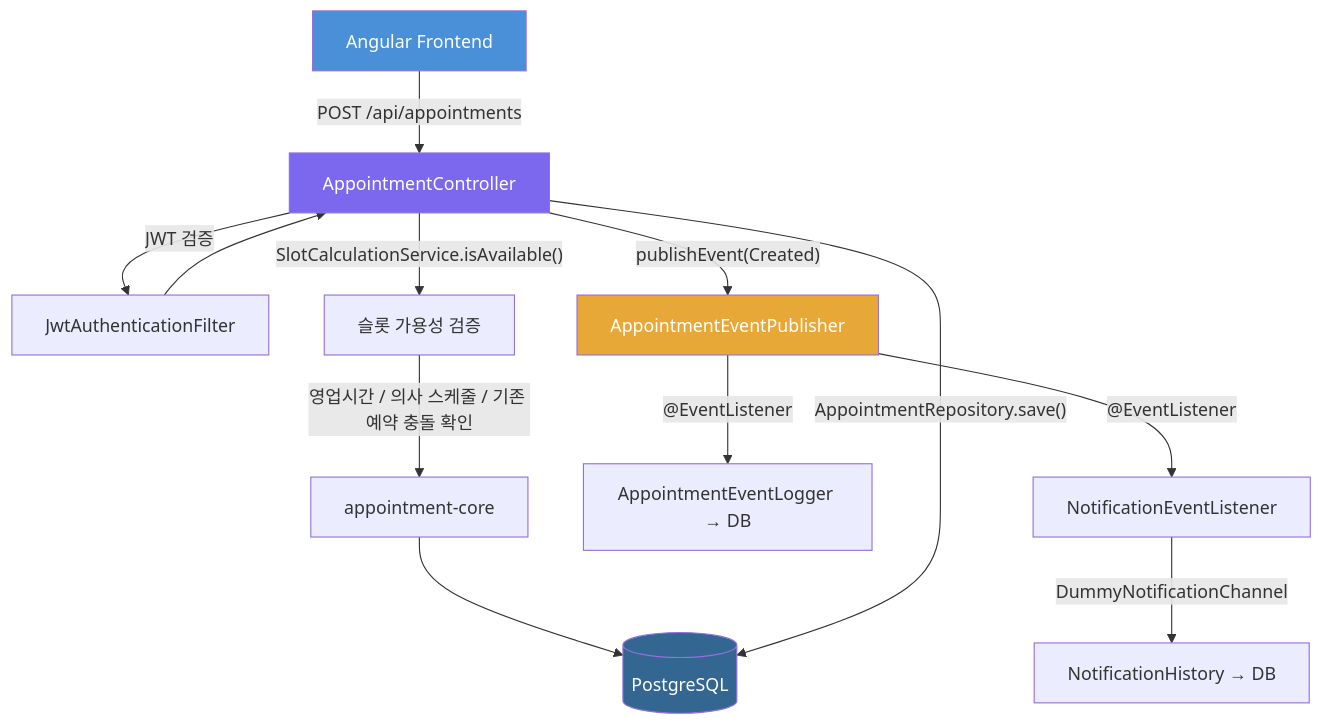
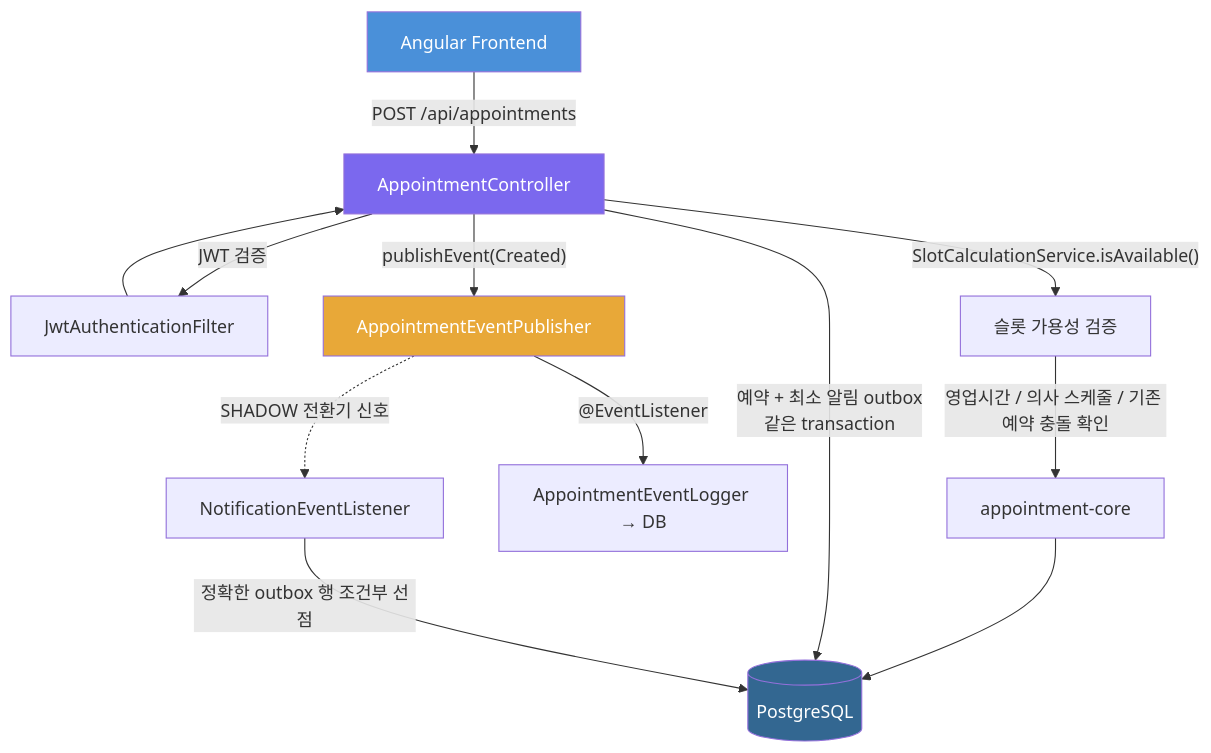
Before and after one commit to bluetape4k/clinic-appointment: the diagram in docs/requirements/assets/data-flow-01-appointment-create.mmd, drawn with Mermaid. The commit also changed 117 other files, not shown here.

```diff
--- a/docs/requirements/assets/data-flow-01-appointment-create.mmd
+++ b/docs/requirements/assets/data-flow-01-appointment-create.mmd
@@ -1,17 +1,17 @@
 flowchart TD
     FE["Angular Frontend"] -->|"POST /api/appointments"| API["AppointmentController"]
     API -->|"JWT 검증"| SEC["JwtAuthenticationFilter"]
     SEC --> API
     API -->|"SlotCalculationService.isAvailable()"| SLOT["슬롯 가용성 검증"]
     SLOT -->|"영업시간 / 의사 스케줄 / 기존 예약 충돌 확인"| CORE["appointment-core"]
     CORE --> DB[("PostgreSQL")]
-    API -->|"AppointmentRepository.save()"| DB
+    API -->|"예약 + 최소 알림 outbox\n같은 transaction"| DB
     API -->|"publishEvent(Created)"| EVT["AppointmentEventPublisher"]
     EVT -->|"@EventListener"| LOG["AppointmentEventLogger → DB"]
-    EVT -->|"@EventListener"| NOTIF["NotificationEventListener"]
-    NOTIF -->|"DummyNotificationChannel"| HIST["NotificationHistory → DB"]
+    EVT -. "SHADOW 전환기 신호" .-> NOTIF["NotificationEventListener"]
+    NOTIF -->|"정확한 outbox 행 조건부 선점"| DB
 
     style FE fill:#4A90D9,color:#fff
     style API fill:#7B68EE,color:#fff
     style DB fill:#336791,color:#fff
     style EVT fill:#E8A838,color:#fff
```
